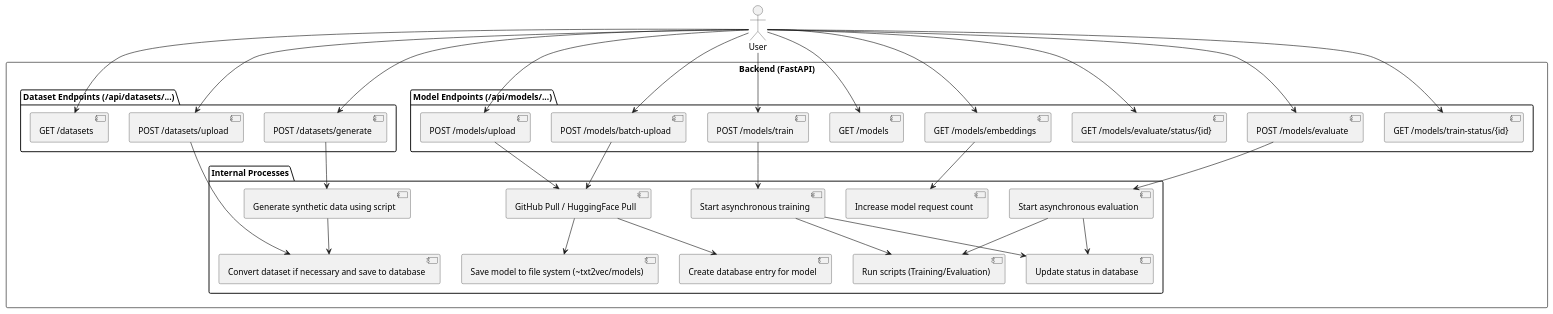
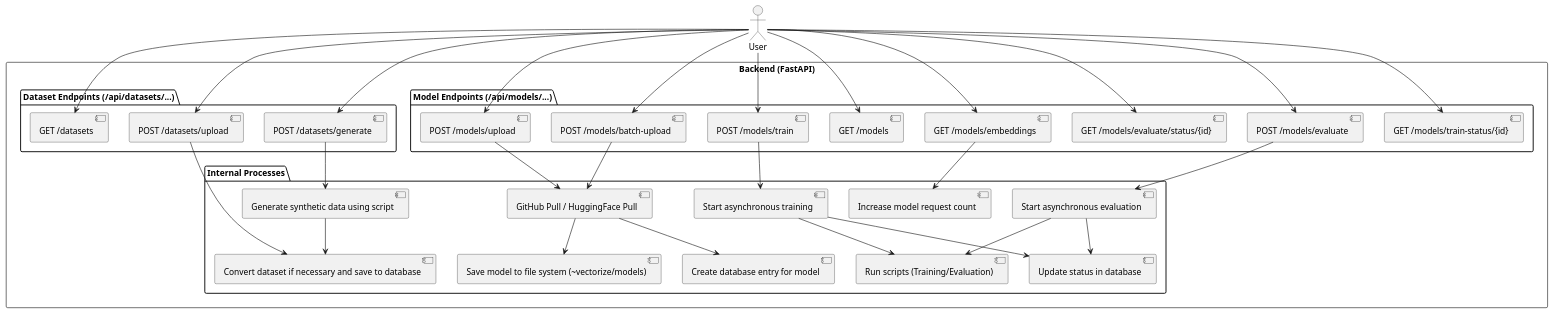
One commit to Yukasama/vectorize changed the diagram in docs/api-endpoints.plantuml. Above: the diagram before and after it, drawn with PlantUML. The commit also changed 134 other files, not shown here.

Commit message:
feat: rename txt2vec to vectorize

```diff
--- a/docs/api-endpoints.plantuml
+++ b/docs/api-endpoints.plantuml
@@ -1,79 +1,79 @@
 @startuml endpoint-diagram
 actor User
 
 rectangle "Backend (FastAPI)" {
   ' --- MODEL ENDPOINTS ---
   package "Model Endpoints (/api/models/...)" {
     [GET /models/embeddings]
     [GET /models]
 
     [POST /models/upload]
     [POST /models/batch-upload]
     [POST /models/train]
     [GET /models/train-status/{id}]
     
     [POST /models/evaluate]
     [GET /models/evaluate/status/{id}]
   }
 
   ' --- DATASET ENDPOINTS ---
   package "Dataset Endpoints (/api/datasets/...)" {
     [GET /datasets]
     [POST /datasets/upload]
     [POST /datasets/generate]
   }
   
   ' --- INTERNAL PROCESSES ---
   package "Internal Processes" {
     [GitHub Pull / HuggingFace Pull]
-    [Save model to file system (~txt2vec/models)]
+    [Save model to file system (~vectorize/models)]
     [Create database entry for model]
     
     [Start asynchronous training]
     [Start asynchronous evaluation]
     [Generate synthetic data using script]
     [Convert dataset if necessary and save to database]
     
     [Run scripts (Training/Evaluation)]
     [Update status in database]
     [Increase model request count]
   }
 }
 
 ' Upload processes (models)
 [POST /models/upload] --> [GitHub Pull / HuggingFace Pull]
 [POST /models/batch-upload] --> [GitHub Pull / HuggingFace Pull]
-[GitHub Pull / HuggingFace Pull] --> [Save model to file system (~txt2vec/models)]
+[GitHub Pull / HuggingFace Pull] --> [Save model to file system (~vectorize/models)]
 [GitHub Pull / HuggingFace Pull] --> [Create database entry for model]
 
 ' Dataset processes
 [POST /datasets/generate] --> [Generate synthetic data using script]
 [Generate synthetic data using script] --> [Convert dataset if necessary and save to database]
 [POST /datasets/upload] --> [Convert dataset if necessary and save to database]
 
 ' Training processes
 [POST /models/train] --> [Start asynchronous training]
 [Start asynchronous training] --> [Run scripts (Training/Evaluation)]
 [Start asynchronous training] --> [Update status in database]
 
 ' Evaluation processes
 [POST /models/evaluate] --> [Start asynchronous evaluation]
 [Start asynchronous evaluation] --> [Run scripts (Training/Evaluation)]
 [Start asynchronous evaluation] --> [Update status in database]
 
 ' Model usage tracking
 [GET /models/embeddings] --> [Increase model request count]
 
 ' User API flows
 User --> [GET /models/embeddings]
 User --> [GET /models]
 User --> [POST /models/upload]
 User --> [POST /models/batch-upload]
 User --> [POST /models/train]
 User --> [GET /models/train-status/{id}]
 User --> [POST /models/evaluate]
 User --> [GET /models/evaluate/status/{id}]
 User --> [GET /datasets]
 User --> [POST /datasets/upload]
 User --> [POST /datasets/generate]
 @enduml
```
